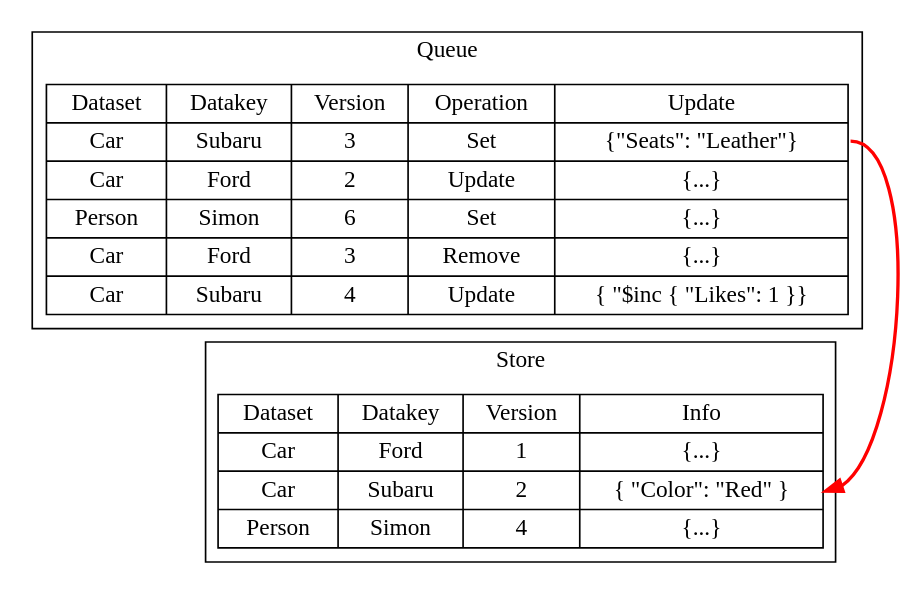
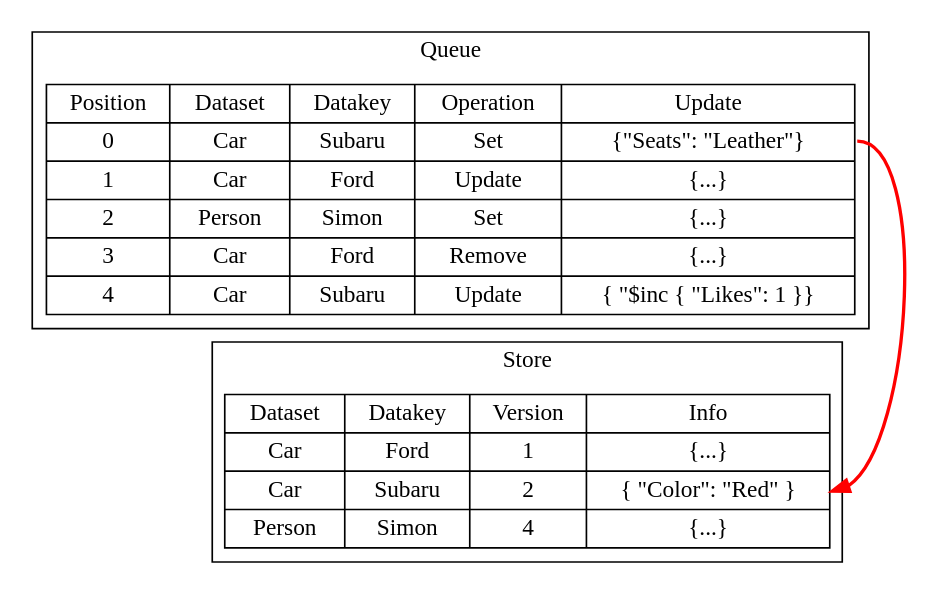
The diagram in README.apply-before.dot (forbesmyester/SyncIt), drawn with Graphviz before and after one commit. The commit also changed 45 other files, not shown here.

```diff
--- a/README.apply-before.dot
+++ b/README.apply-before.dot
@@ -1,12 +1,12 @@
 digraph structs {
 	node [shape=record];
 	subgraph clusterqueue {
 		label = "Queue";
-		structqueue [shape=record,label="{ Dataset | <f1> Car | Car | Person | Car | <f2> Car }|{ Datakey | Subaru | Ford | Simon | Ford | Subaru }|{ Version | 3 | 2 | 6 | 3 | 4 }|{ Operation | Set | Update | Set | Remove | Update }|{ Update | <f3> \{\"Seats\": \"Leather\"\} | \{...\} | \{...\} | \{...\} | <f4> \{ \"$inc \{ \"Likes\": 1 \}\} }"];
+		structqueue [shape=record,label="{ Position | 0 | 1 | 2 | 3 | 4 } | { Dataset | <f1> Car | Car | Person | Car | <f2> Car }|{ Datakey | Subaru | Ford | Simon | Ford | Subaru }|{ Operation | Set | Update | Set | Remove | Update }|{ Update | <f3> \{\"Seats\": \"Leather\"\} | \{...\} | \{...\} | \{...\} | <f4> \{ \"$inc \{ \"Likes\": 1 \}\} }"];
 	}
 	subgraph clusterstore {
 		label = "Store";
 		structstore [shape=record,label="{ Dataset | Car | Car | Person }|{ Datakey | Ford | Subaru | Simon }|{ Version | 1 |  2 | 4 }|{ Info | \{...\} | <f0> \{ \"Color\": \"Red\" \} | \{...\} }"];
 	}
 	structqueue:f3 -> structstore:f0 [color="red",style="bold"];
 }
```
